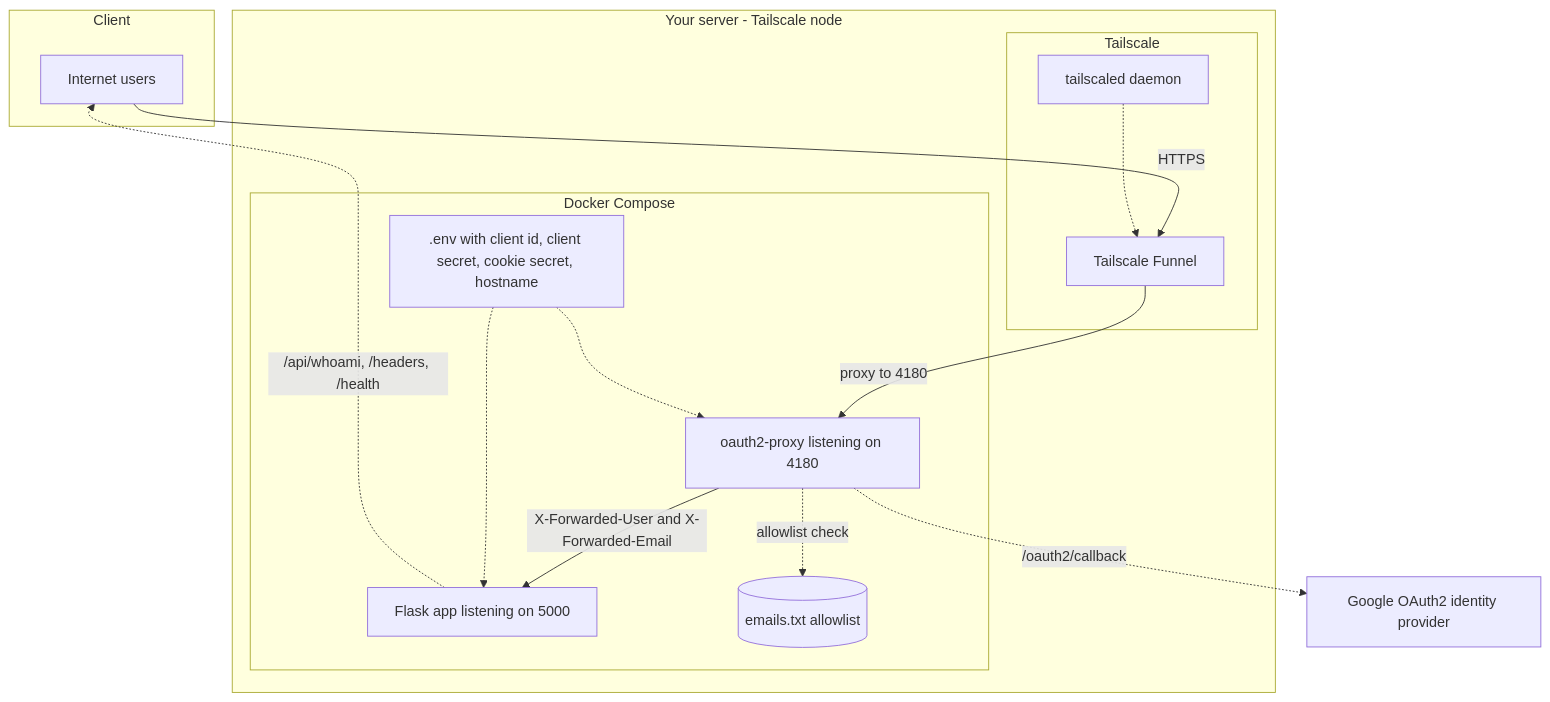
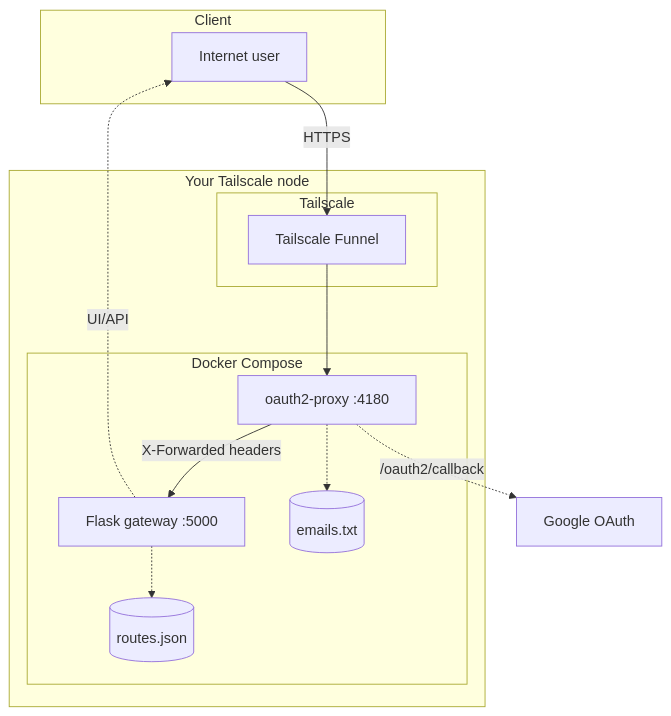
One commit to HaiNick/Shark-no-Ninsho-Mon changed the first of 2 diagrams in README.md. Above: the diagram before and after it, drawn with Mermaid. The commit also changed other lines of this file and 38 other files, not shown here.

````diff
--- a/README.md
+++ b/README.md
@@ -151,33 +166,24 @@
 ```mermaid
 graph TB
-  %% High-level infrastructure (GitHub-safe)
   subgraph Client
-    U[Internet users]
+    U[Internet user]
   end
-
-  subgraph Host[Your server - Tailscale node]
+  subgraph Host[Your Tailscale node]
     subgraph TS[Tailscale]
-      TSd[tailscaled daemon]
       Funnel[Tailscale Funnel]
     end
-
-    subgraph DC[Docker Compose]
-      OAuth[oauth2-proxy listening on 4180]
-      App[Flask app listening on 5000]
-      Emails[(emails.txt allowlist)]
-      Env[.env with client id, client secret, cookie secret, hostname]
+    subgraph Compose[Docker Compose]
+      OAuth[oauth2-proxy :4180]
+      App[Flask gateway :5000]
+      Emails[(emails.txt)]
+      Routes[(routes.json)]
     end
   end
-
   U -->|HTTPS| Funnel
-  Funnel -->|proxy to 4180| OAuth
-  OAuth -->|X-Forwarded-User and X-Forwarded-Email| App
-
-  OAuth -.->|/oauth2/callback| Google[Google OAuth2 identity provider]
-  OAuth -.->|allowlist check| Emails
-  Env -.-> OAuth
-  Env -.-> App
-  TSd -.-> Funnel
-
-  App -.->|/api/whoami, /headers, /health| U
+  Funnel --> OAuth
+  OAuth -->|X-Forwarded headers| App
+  OAuth -.-> Emails
+  App -.-> Routes
+  OAuth -.->|/oauth2/callback| Google[Google OAuth]
+  App -.->|UI/API| U
 ```
````
